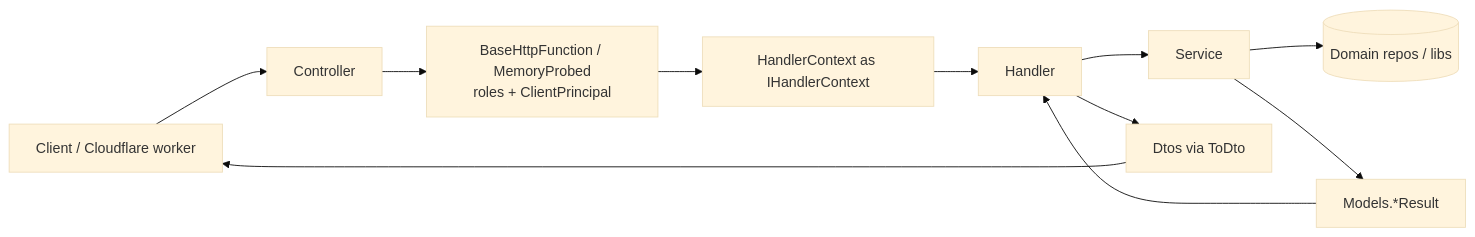
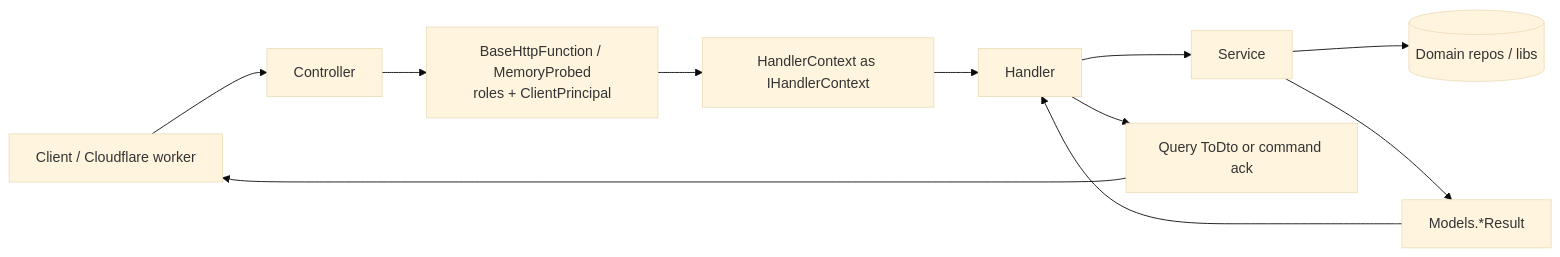
Before and after one commit to cultpodcasts/RedditPodcastPoster: the diagram in Cloud/Api/architecture.md, drawn with Mermaid (base theme). The commit also changed other lines of this file and 1 other file, not shown here.

````diff
--- a/Cloud/Api/architecture.md
+++ b/Cloud/Api/architecture.md
@@ -29,16 +29,16 @@
 ```mermaid
 flowchart LR
     Client[Client / Cloudflare worker]
     Ctrl[Controller]
     Auth[BaseHttpFunction / MemoryProbed<br/>roles + ClientPrincipal]
     Ctx[HandlerContext as IHandlerContext]
     H[Handler]
     S[Service]
     Dom[(Domain repos / libs)]
     M[Models.*Result]
-    D[Dtos via ToDto]
+    D[Query ToDto or command ack]
 
     Client --> Ctrl --> Auth --> Ctx --> H --> S --> Dom
     S --> M --> H
     H --> D --> Client
 ```
````
